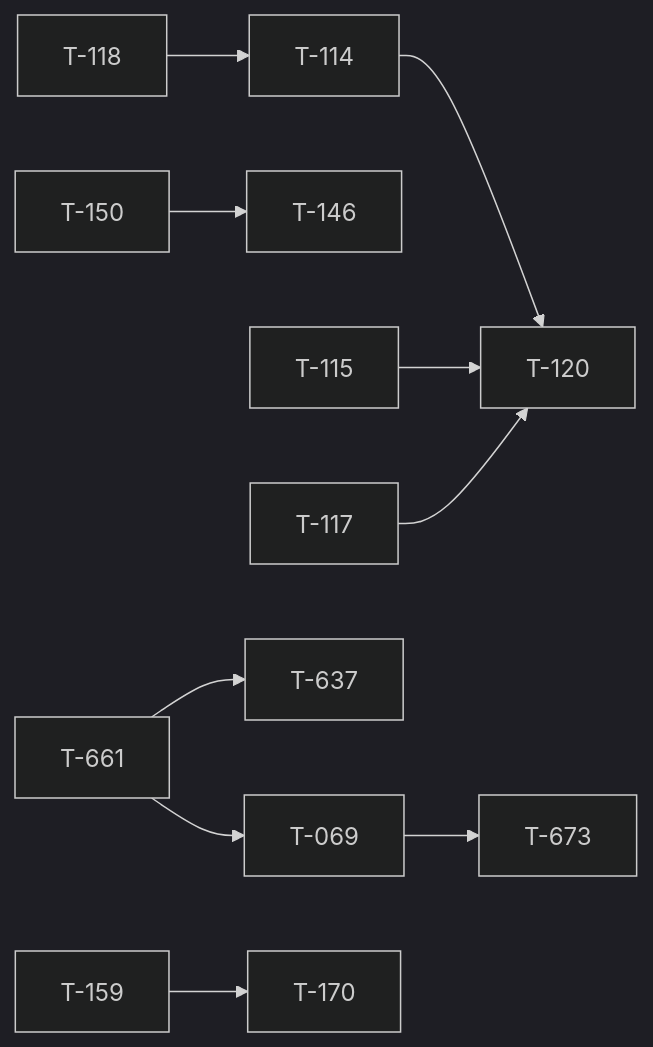
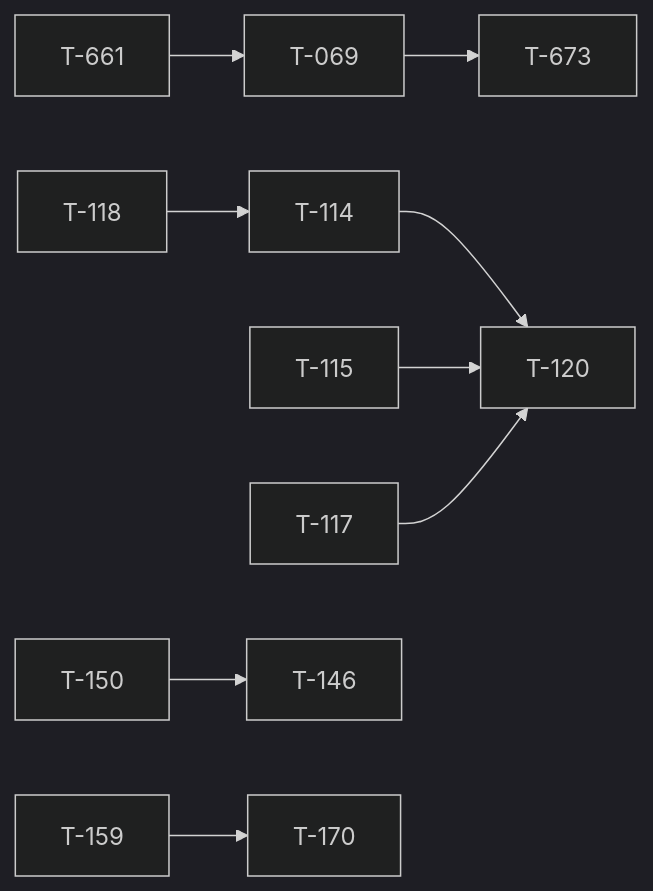
One commit to darkforce09/TBD-reforger changed the diagram in docs/TICKET_LEAD.md. Above: the diagram before and after it, drawn with Mermaid (dark theme). The commit also changed other lines of this file and 8 other files, not shown here.

````diff
--- a/docs/TICKET_LEAD.md
+++ b/docs/TICKET_LEAD.md
@@ -56,12 +60,11 @@
 ```mermaid
 flowchart LR
   T661[T-661] --> T069[T-069]
   T118[T-118] --> T114[T-114]
   T114[T-114] --> T120[T-120]
   T115[T-115] --> T120[T-120]
   T117[T-117] --> T120[T-120]
   T150[T-150] --> T146[T-146]
   T159[T-159] --> T170[T-170]
-  T661[T-661] --> T637[T-637]
   T069[T-069] --> T673[T-673]
 ```
````
